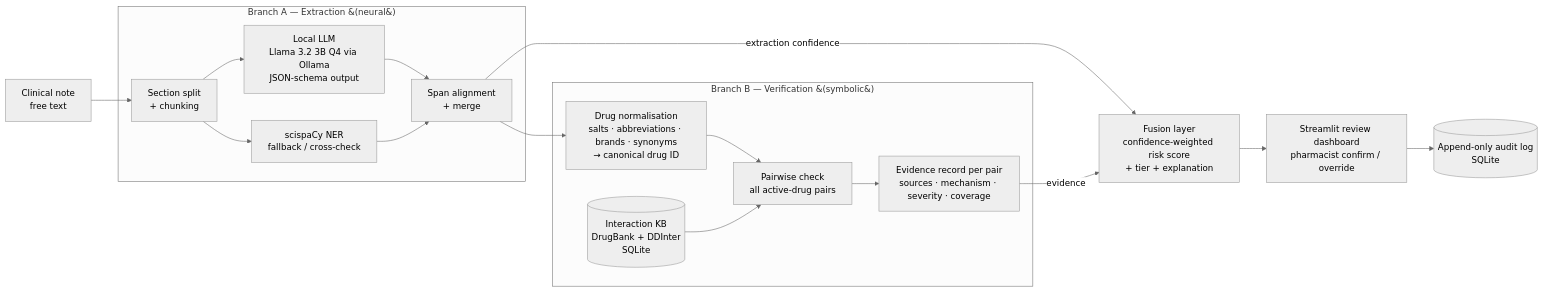
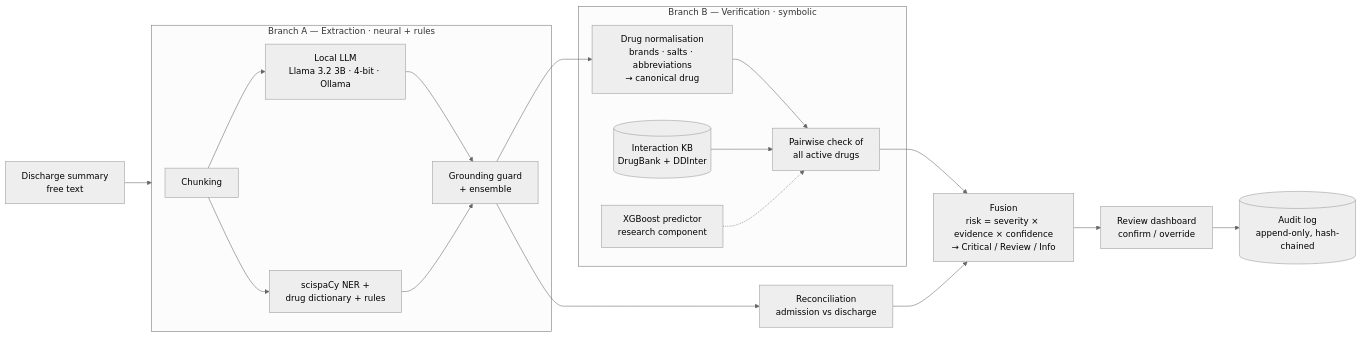
The diagram in README.md (sid0229/athena), drawn with Mermaid (neutral theme) before and after one commit. The commit also changed other lines of this file and 8 other files, not shown here.

````diff
--- a/README.md
+++ b/README.md
@@ -67,24 +54,25 @@
 ```mermaid
 flowchart LR
-    T[Clinical note<br/>free text] --> A1
+    T[Discharge summary<br/>free text] --> A
 
-    subgraph A[Branch A — Extraction &#40;neural&#41;]
-        A1[Section split<br/>+ chunking] --> A2[Local LLM<br/>Llama 3.2 3B Q4 via Ollama<br/>JSON-schema output]
-        A1 --> A3[scispaCy NER<br/>fallback / cross-check]
-        A2 --> A4[Span alignment<br/>+ merge]
+    subgraph A[Branch A — Extraction · neural + rules]
+        A1[Chunking] --> A2[Local LLM<br/>Llama 3.2 3B · 4-bit · Ollama]
+        A1 --> A3[scispaCy NER +<br/>drug dictionary + rules]
+        A2 --> A4[Grounding guard<br/>+ ensemble]
         A3 --> A4
     end
 
-    A4 --> N[Drug normalisation<br/>salts · abbreviations · brands · synonyms<br/>→ canonical drug ID]
+    A4 --> N[Drug normalisation<br/>brands · salts · abbreviations<br/>→ canonical drug]
 
-    subgraph B[Branch B — Verification &#40;symbolic&#41;]
-        N --> B1[Pairwise check<br/>all active-drug pairs]
-        KB[(Interaction KB<br/>DrugBank + DDInter<br/>SQLite)] --> B1
-        B1 --> B2[Evidence record per pair<br/>sources · mechanism · severity · coverage]
+    subgraph B[Branch B — Verification · symbolic]
+        N --> B1[Pairwise check of<br/>all active drugs]
+        KB[(Interaction KB<br/>DrugBank + DDInter)] --> B1
+        ML[XGBoost predictor<br/>research component] -.-> B1
     end
 
-    A4 -- extraction confidence --> F
-    B2 -- evidence --> F[Fusion layer<br/>confidence-weighted risk score<br/>+ tier + explanation]
-    F --> UI[Streamlit review dashboard<br/>pharmacist confirm / override]
-    UI --> LOG[(Append-only audit log<br/>SQLite)]
+    A4 --> R[Reconciliation<br/>admission vs discharge]
+    B1 --> F[Fusion<br/>risk = severity × evidence × confidence<br/>→ Critical / Review / Info]
+    R --> F
+    F --> UI[Review dashboard<br/>confirm / override]
+    UI --> LOG[(Audit log<br/>append-only, hash-chained)]
 ```
````
